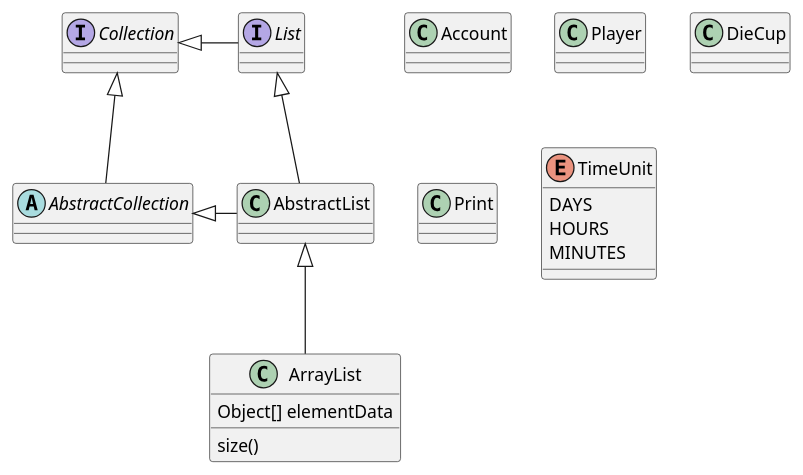
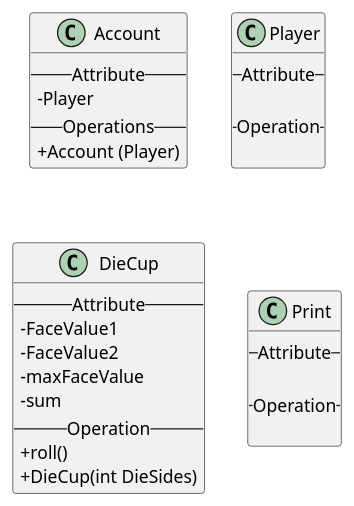
Before and after one commit to Jakob-SA/CDIO-2: the diagram in src/plantUML_Diagrams/Design class diagram.puml, drawn with PlantUML.

Commit message:
Design Class Diagram V2

```diff
--- a/src/plantUML_Diagrams/Design class diagram.puml
+++ b/src/plantUML_Diagrams/Design class diagram.puml
@@ -1,32 +1,34 @@
 @startuml
 'https://plantuml.com/class-diagram
-
-class Account
-class Player
-class DieCup
-class Print
-
-
-abstract AbstractCollection
-interface List
-interface Collection
-
-List <|-- AbstractList
-Collection <|-- AbstractCollection
-
-Collection <|- List
-AbstractCollection <|- AbstractList
-AbstractList <|-- ArrayList
-
-class ArrayList {
-Object[] elementData
-size()
+skinparam classAttributeIconSize 0
+class Account {
+--Attribute--
+- Player
+--Operations--
++ Account (Player)
 }
 
-enum TimeUnit {
-DAYS
-HOURS
-MINUTES
+class Player {
+--Attribute--
+
+--Operation--
+
+}
+class DieCup {
+--Attribute--
+- FaceValue1
+- FaceValue2
+- maxFaceValue
+- sum
+--Operation--
++roll()
++DieCup(int DieSides)
+}
+class Print {
+--Attribute--
+
+--Operation--
+
 }
 
 @enduml
```
